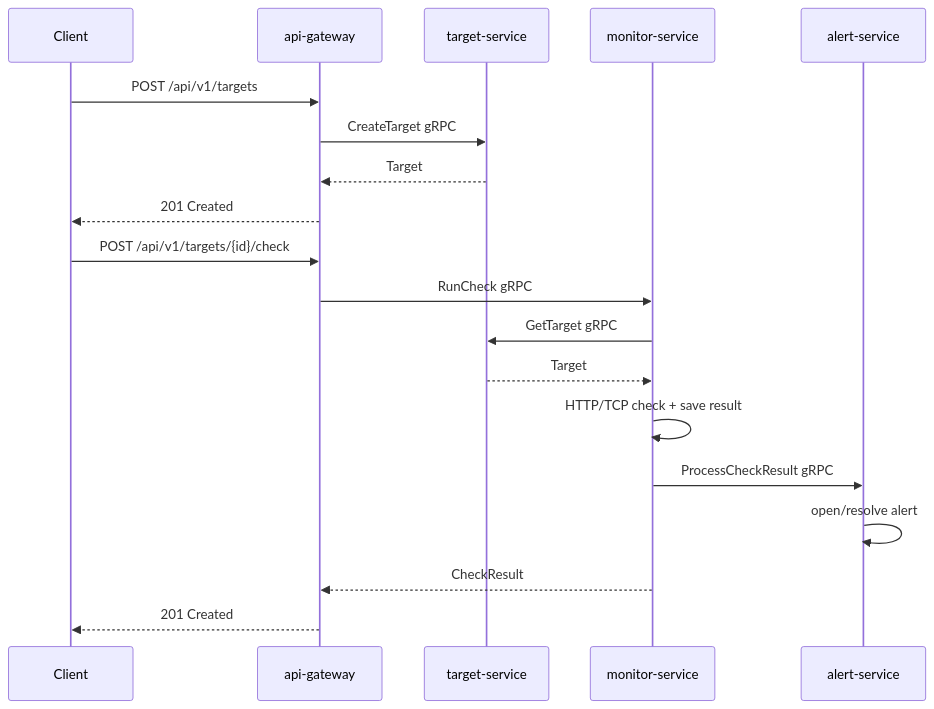
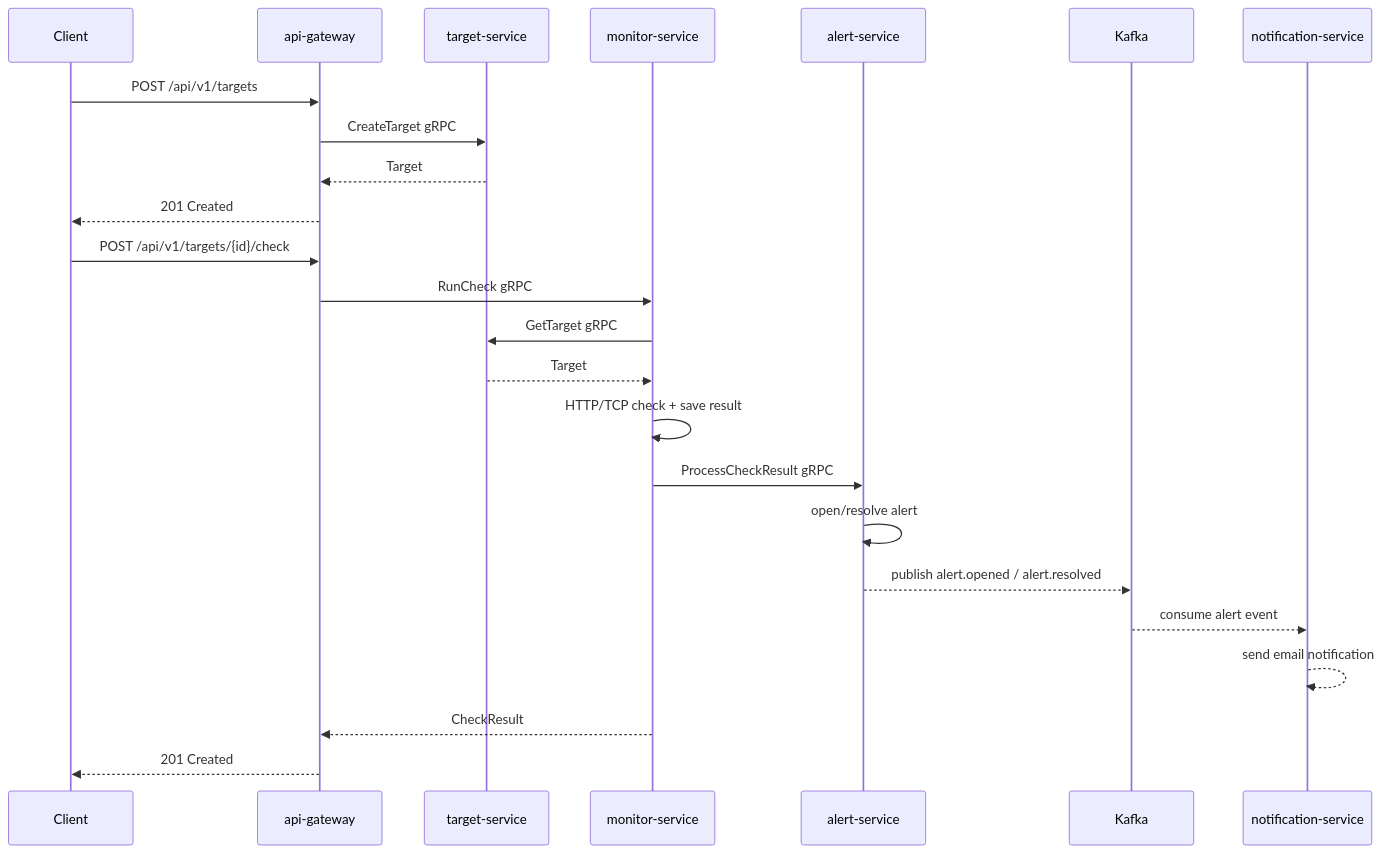
One commit to arthast/NetWatch changed the second of 2 diagrams in README.md. Above: the diagram before and after it, drawn with Mermaid. The commit also changed other lines of this file and 17 other files, not shown here.

````diff
--- a/README.md
+++ b/README.md
@@ -151,23 +189,28 @@
 ```mermaid
 sequenceDiagram
     participant C as Client
     participant G as api-gateway
     participant T as target-service
     participant M as monitor-service
     participant A as alert-service
+    participant K as Kafka
+    participant N as notification-service
 
     C->>G: POST /api/v1/targets
     G->>T: CreateTarget gRPC
     T-->>G: Target
     G-->>C: 201 Created
 
     C->>G: POST /api/v1/targets/{id}/check
     G->>M: RunCheck gRPC
     M->>T: GetTarget gRPC
     T-->>M: Target
     M->>M: HTTP/TCP check + save result
     M->>A: ProcessCheckResult gRPC
     A->>A: open/resolve alert
+    A-->>K: publish alert.opened / alert.resolved
+    K-->>N: consume alert event
+    N-->>N: send email notification
     M-->>G: CheckResult
     G-->>C: 201 Created
 ```
````
